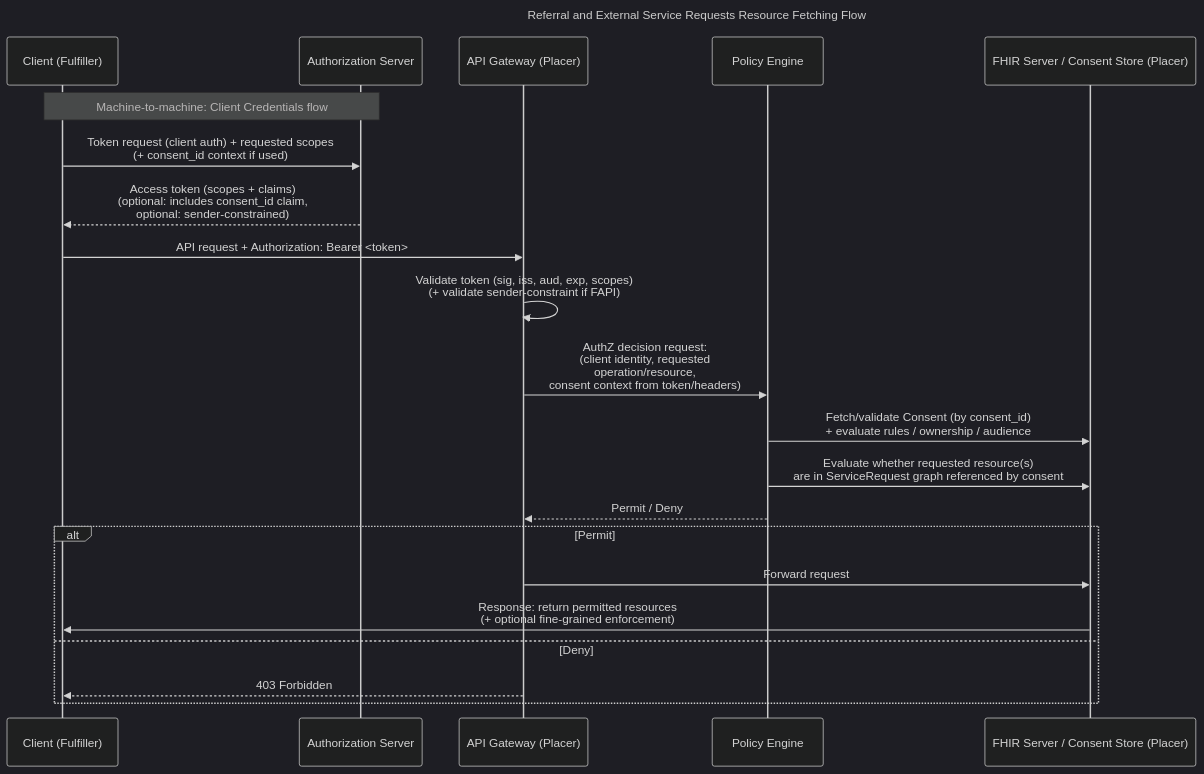
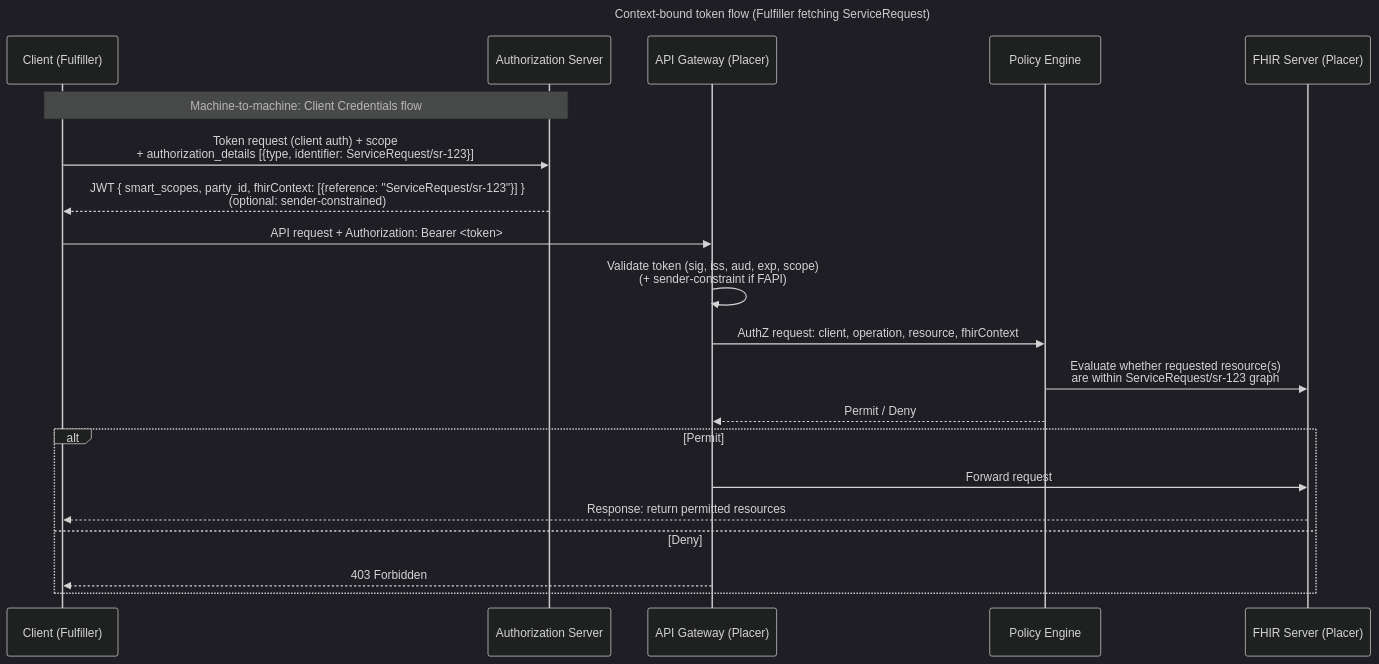
One commit to umzhconnect/umzhconnect-ig changed the second of 3 diagrams in input/pagecontent/security.md. Above: the diagram before and after it, drawn with Mermaid (dark theme). The commit also changed other lines of this file and 5 other files, not shown here.

First line of the commit message:
Context-centric authorization (#44)

````diff
--- a/input/pagecontent/security.md
+++ b/input/pagecontent/security.md
@@ -90,27 +149,26 @@
 ```mermaid
 sequenceDiagram
-  title Referral and External Service Requests Resource Fetching Flow
+  title Context-bound token flow (Fulfiller fetching ServiceRequest)
 
   participant C as Client (Fulfiller)
   participant AS as Authorization Server
   participant AG as API Gateway (Placer)
   participant PE as Policy Engine
-  participant FHIR as FHIR Server / Consent Store (Placer)
+  participant FHIR as FHIR Server (Placer)
 
   Note over C,AS: Machine-to-machine: Client Credentials flow
-  C->>AS: Token request (client auth) + requested scopes<br/>(+ consent_id context if used)
-  AS-->>C: Access token (scopes + claims)<br/>(optional: includes consent_id claim, <br/>optional: sender-constrained)
+  C->>AS: Token request (client auth) + scope<br/>+ authorization_details [{type, identifier: ServiceRequest/sr-123}]
+  AS-->>C: JWT { smart_scopes, party_id, fhirContext: [{reference: "ServiceRequest/sr-123"}] }<br/>(optional: sender-constrained)
 
   C->>AG: API request + Authorization: Bearer <token>
-  AG->>AG: Validate token (sig, iss, aud, exp, scopes)<br/>(+ validate sender-constraint if FAPI)
-  AG->>PE: AuthZ decision request:<br/>(client identity, requested <br/>operation/resource,<br/>consent context from token/headers)
-  PE->>FHIR: Fetch/validate Consent (by consent_id)<br/>+ evaluate rules / ownership / audience
-  PE->>FHIR: Evaluate whether requested resource(s)<br/>are in ServiceRequest graph referenced by consent
+  AG->>AG: Validate token (sig, iss, aud, exp, scope)<br/>(+ sender-constraint if FAPI)
+  AG->>PE: AuthZ request: client, operation, resource, fhirContext
+  PE->>FHIR: Evaluate whether requested resource(s)<br/>are within ServiceRequest/sr-123 graph
   PE-->>AG: Permit / Deny
   alt Permit
     AG->>FHIR: Forward request
-    FHIR->>C: Response: return permitted resources<br/>(+ optional fine-grained enforcement)
+    FHIR-->>C: Response: return permitted resources
   else Deny
     AG-->>C: 403 Forbidden
   end
 ```
````
